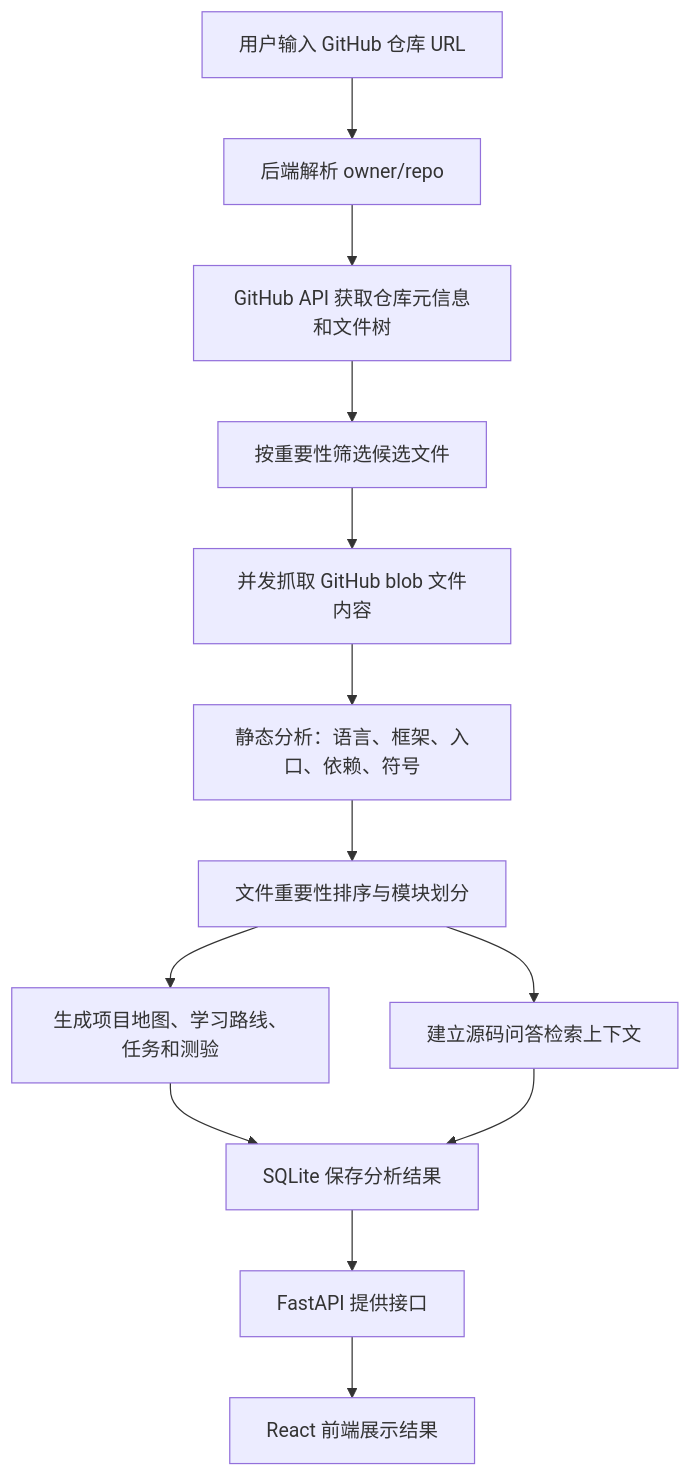
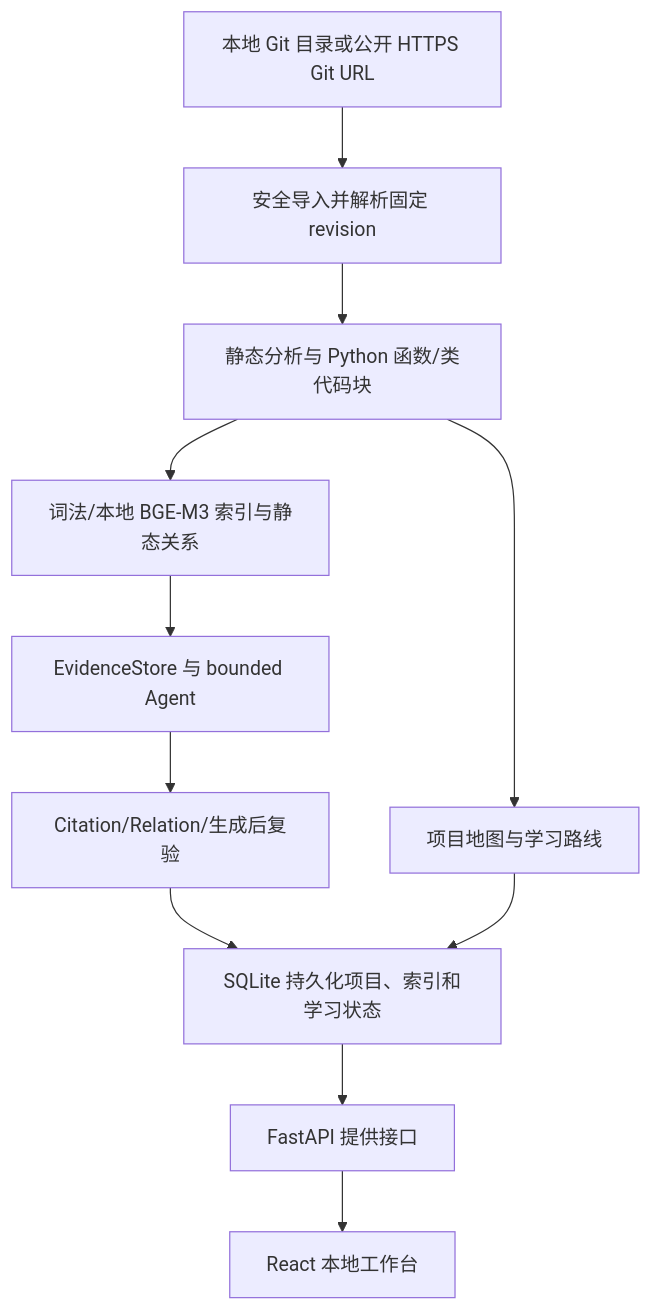
Before and after one commit to anon-0215/RepoNoesis: the diagram in README.md, drawn with Mermaid. The commit also changed other lines of this file and 3 other files, not shown here.

````diff
--- a/README.md
+++ b/README.md
@@ -92,15 +95,13 @@
 ```mermaid
 flowchart TD
-    A["用户输入 GitHub 仓库 URL"] --> B["后端解析 owner/repo"]
-    B --> C["GitHub API 获取仓库元信息和文件树"]
-    C --> D["按重要性筛选候选文件"]
-    D --> E["并发抓取 GitHub blob 文件内容"]
-    E --> F["静态分析：语言、框架、入口、依赖、符号"]
-    F --> G["文件重要性排序与模块划分"]
-    G --> H["生成项目地图、学习路线、任务和测验"]
-    G --> I["建立源码问答检索上下文"]
-    H --> J["SQLite 保存分析结果"]
-    I --> J
-    J --> K["FastAPI 提供接口"]
-    K --> L["React 前端展示结果"]
+    A["本地 Git 目录或公开 HTTPS Git URL"] --> B["安全导入并解析固定 revision"]
+    B --> C["静态分析与 Python 函数/类代码块"]
+    C --> D["词法/本地 BGE-M3 索引与静态关系"]
+    D --> E["EvidenceStore 与 bounded Agent"]
+    E --> F["Citation/Relation/生成后复验"]
+    C --> G["项目地图与学习路线"]
+    F --> H["SQLite 持久化项目、索引和学习状态"]
+    G --> H
+    H --> I["FastAPI 提供接口"]
+    I --> J["React 本地工作台"]
 ```
````
